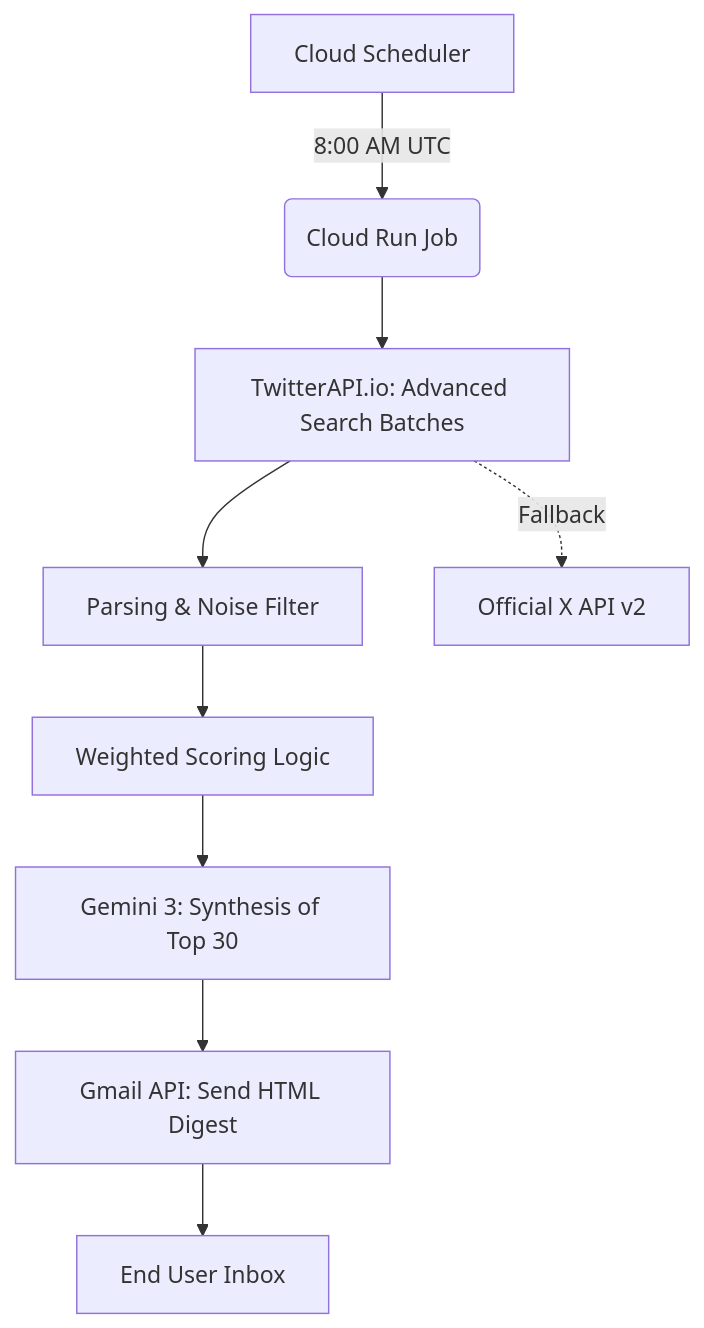
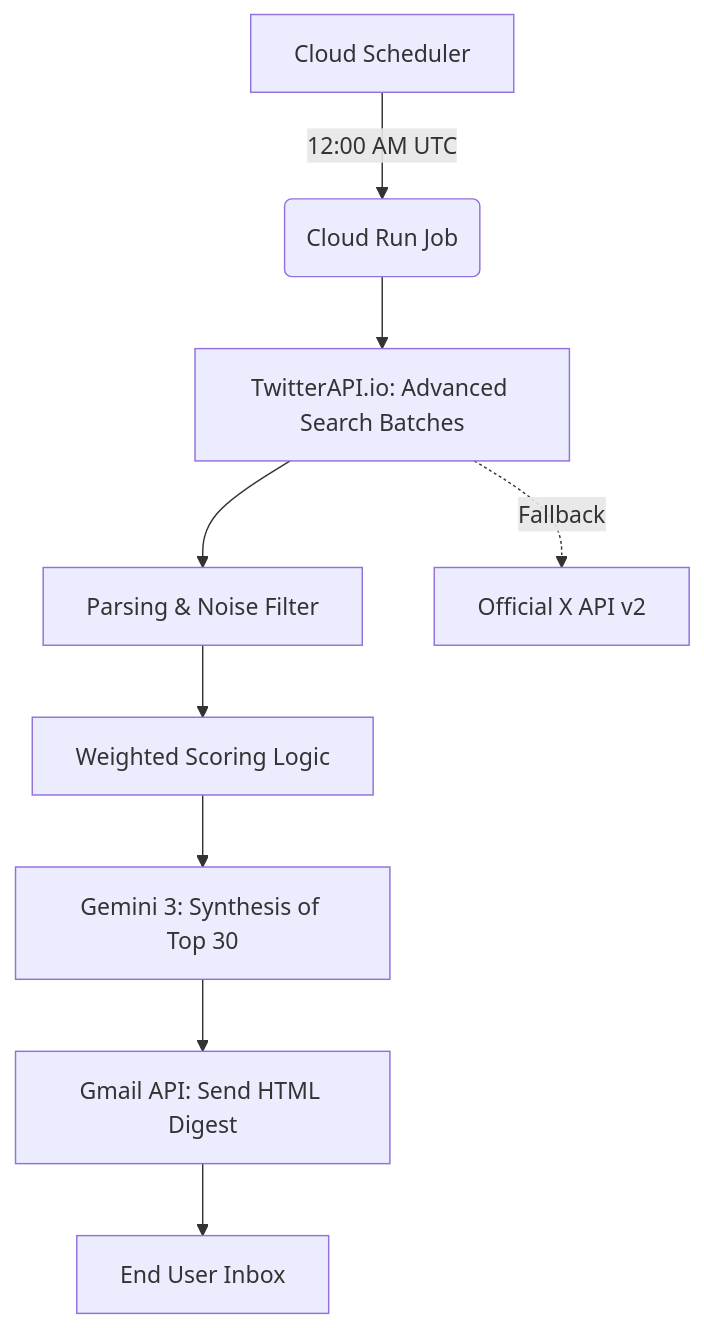
The diagram in PRD.md (kimjin8/twitter-ai-digest), drawn with Mermaid before and after one commit. The commit also changed other lines of this file and 5 other files, not shown here.

````diff
--- a/PRD.md
+++ b/PRD.md
@@ -71,11 +71,11 @@
 ```mermaid
 graph TD
-    A[Cloud Scheduler] -->|8:00 AM UTC| B(Cloud Run Job)
+    A[Cloud Scheduler] -->|12:00 AM UTC| B(Cloud Run Job)
     B --> C[TwitterAPI.io: Advanced Search Batches]
     C --> D[Parsing & Noise Filter]
     D --> E[Weighted Scoring Logic]
     E --> F[Gemini 3: Synthesis of Top 30]
     F --> G[Gmail API: Send HTML Digest]
     G --> H[End User Inbox]
     C -.->|Fallback| CA[Official X API v2]
 ```
````
